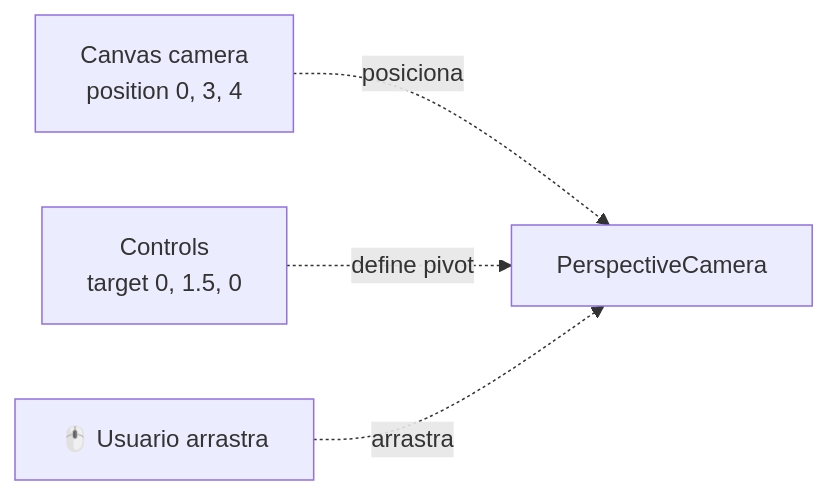
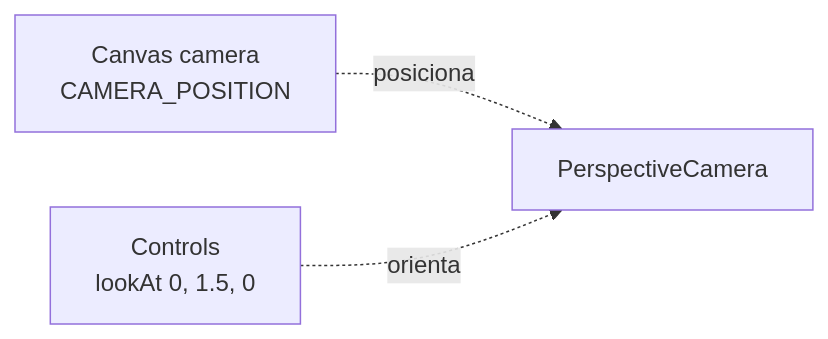
One commit to Palcojulian/portafolio changed the second of 4 diagrams in docs/04-escena-3d/sistema-de-escena.md. Above: the diagram before and after it, drawn with Mermaid. The commit also changed other lines of this file and 4 other files, not shown here.

````diff
--- a/docs/04-escena-3d/sistema-de-escena.md
+++ b/docs/04-escena-3d/sistema-de-escena.md
@@ -110,10 +110,8 @@
 ```mermaid
 graph LR
-    Cam[Canvas camera<br/>position 0, 3, 4]
-    Ctrl[Controls<br/>target 0, 1.5, 0]
-    Visit[🖱️ Usuario arrastra]
+    Cam[Canvas camera<br/>CAMERA_POSITION]
+    Ctrl[Controls<br/>lookAt 0, 1.5, 0]
 
     Cam -.posiciona.-> CamC[PerspectiveCamera]
-    Ctrl -.define pivot.-> CamC
-    Visit -.arrastra.-> CamC
+    Ctrl -.orienta.-> CamC
 ```
````
